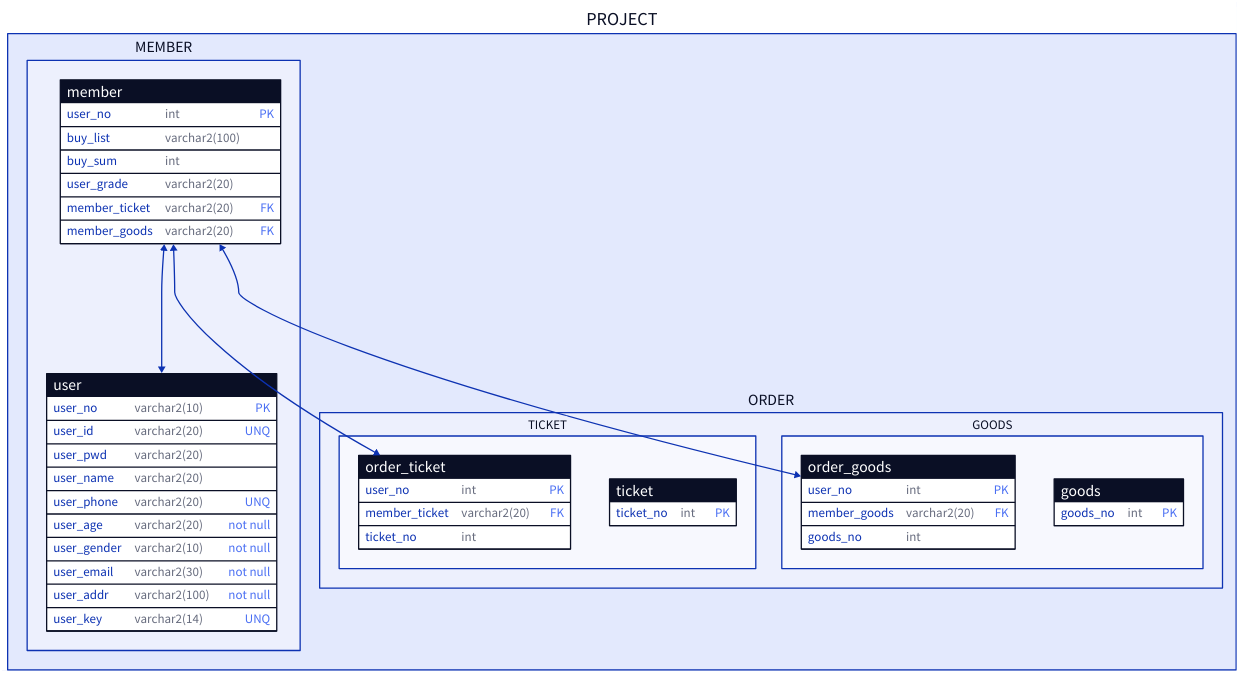
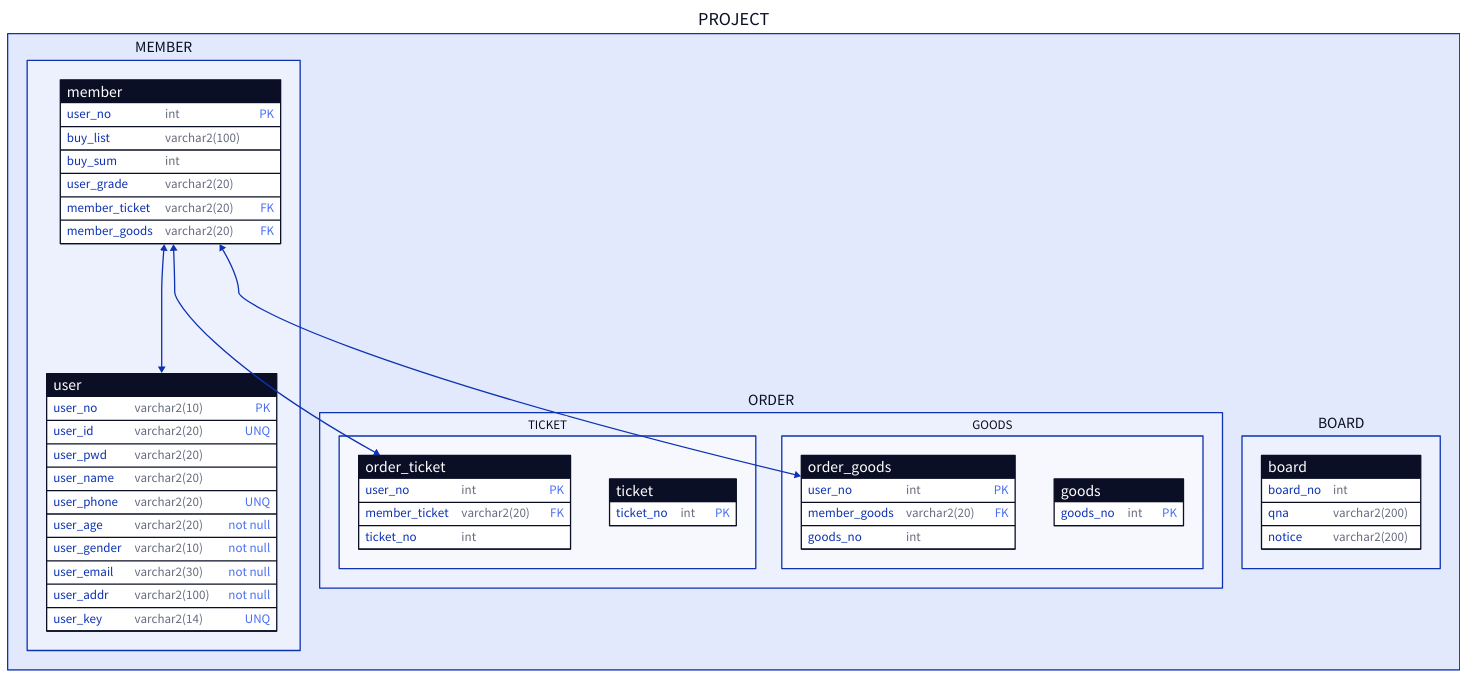
One commit to impwy/Test changed the diagram in entyti.d2. Above: the diagram before and after it, drawn with D2. The commit also changed 1 other file, not shown here.

```diff
--- a/entyti.d2
+++ b/entyti.d2
@@ -1,76 +1,85 @@
 
 PROJECT:{
 
     MEMBER:{
         
         
         """ 멤버쉽 테이블 """
     member:{
         shape:sql_table
         
         user_no:int{constraint:primary_key}
         buy_list:varchar2(100)
         buy_sum:int
         user_grade:varchar2(20)
         member_ticket:varchar2(20){constraint:foreign_key}
         member_goods:varchar2(20){constraint:foreign_key}
         
         
     }
     
     """ 회원 테이블 """
     user:{
         shape:sql_table
         
         user_no:varchar2(10){constraint:primary_key}
         user_id:varchar2(20){constraint:unique}
         user_pwd:varchar2(20)
         user_name:varchar2(20)
         user_phone:varchar2(20){constraint:unique}
         user_age:varchar2(20){constraint:not null}
         user_gender:varchar2(10){constraint:not null}
         user_email:varchar2(30){constraint:not null}
         user_addr:varchar2(100){constraint:not null}
         user_key:varchar2(14){constraint:unique}
         
     }
 }
 ORDER:{
 
     TICKET:{
         
         order_ticket:{
             shape:sql_table
             
             user_no:int{constraint:primary_key}
             member_ticket:varchar2(20){constraint:foreign_key}
             ticket_no:int
         }
         ticket:{
             shape:sql_table
             ticket_no:int{constraint:primary_key}
 
         }
     }
     GOODS:{
         
         order_goods:{
             shape:sql_table
             
             user_no:int{constraint:primary_key}
             member_goods:varchar2(20){constraint:foreign_key}
             goods_no:int
         }
         goods{
             shape:sql_table
             goods_no:int{constraint:primary_key}
         }
     }
 }
+BOARD:{
+    board:{
+        shape:sql_table
+        board_no:int
+        qna:varchar2(200)
+        notice:varchar2(200)
+
+    }
+}
 MEMBER.member.user_no <-> MEMBER.user.user_no
 
 MEMBER.member.user_no <->ORDER.TICKET.order_ticket.user_no
 MEMBER.member.user_no <->ORDER.GOODS.order_goods.user_no
 
 
 }
```
